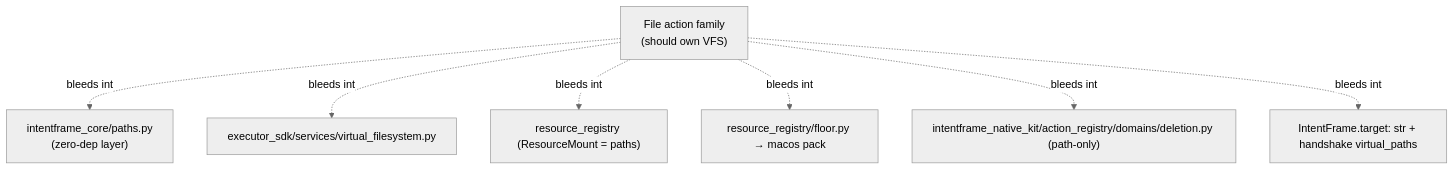
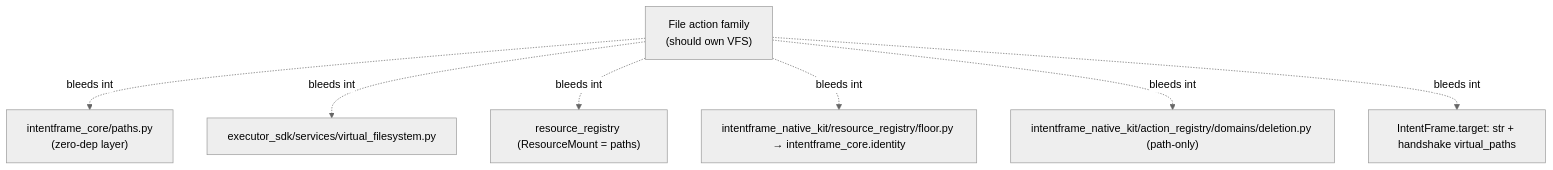
Before and after one commit to intentframe/intentframe: the diagram in TODO/vfs_bleed_in_core.md, drawn with Mermaid (neutral theme). The commit also changed other lines of this file and 48 other files, not shown here.

Commit message:
move resource registry into native kit

````diff
--- a/TODO/vfs_bleed_in_core.md
+++ b/TODO/vfs_bleed_in_core.md
@@ -85,16 +79,16 @@
 ```mermaid
 flowchart TD
   FileFamily["File action family<br/>(should own VFS)"]
   Core["intentframe_core/paths.py<br/>(zero-dep layer)"]
   SDK["executor_sdk/services/virtual_filesystem.py"]
   RR["resource_registry (ResourceMount = paths)"]
-  Floor["resource_registry/floor.py → macos pack"]
+  Floor["intentframe_native_kit/resource_registry/floor.py → intentframe_core.identity"]
   Domain["intentframe_native_kit/action_registry/domains/deletion.py (path-only)"]
   IF["IntentFrame.target: str + handshake virtual_paths"]
   FileFamily -.bleeds into.-> Core
   FileFamily -.bleeds into.-> SDK
   FileFamily -.bleeds into.-> RR
   FileFamily -.bleeds into.-> Floor
   FileFamily -.bleeds into.-> Domain
   FileFamily -.bleeds into.-> IF
 ```
````
